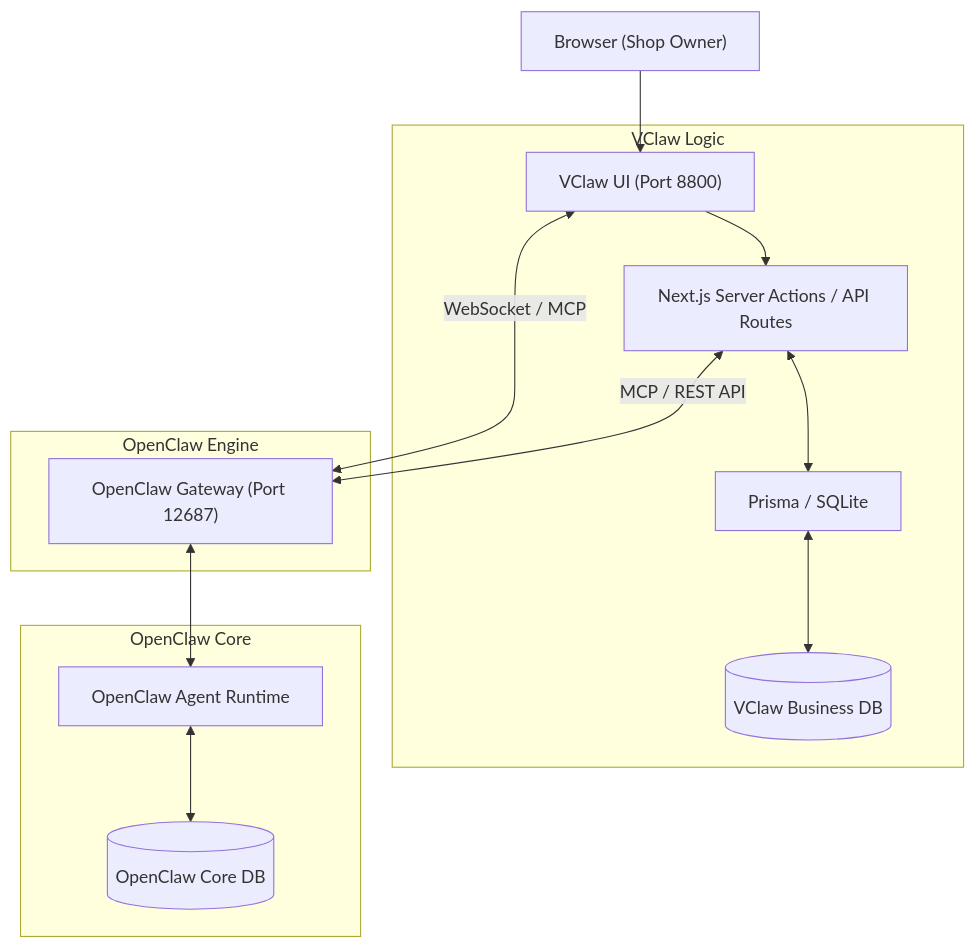
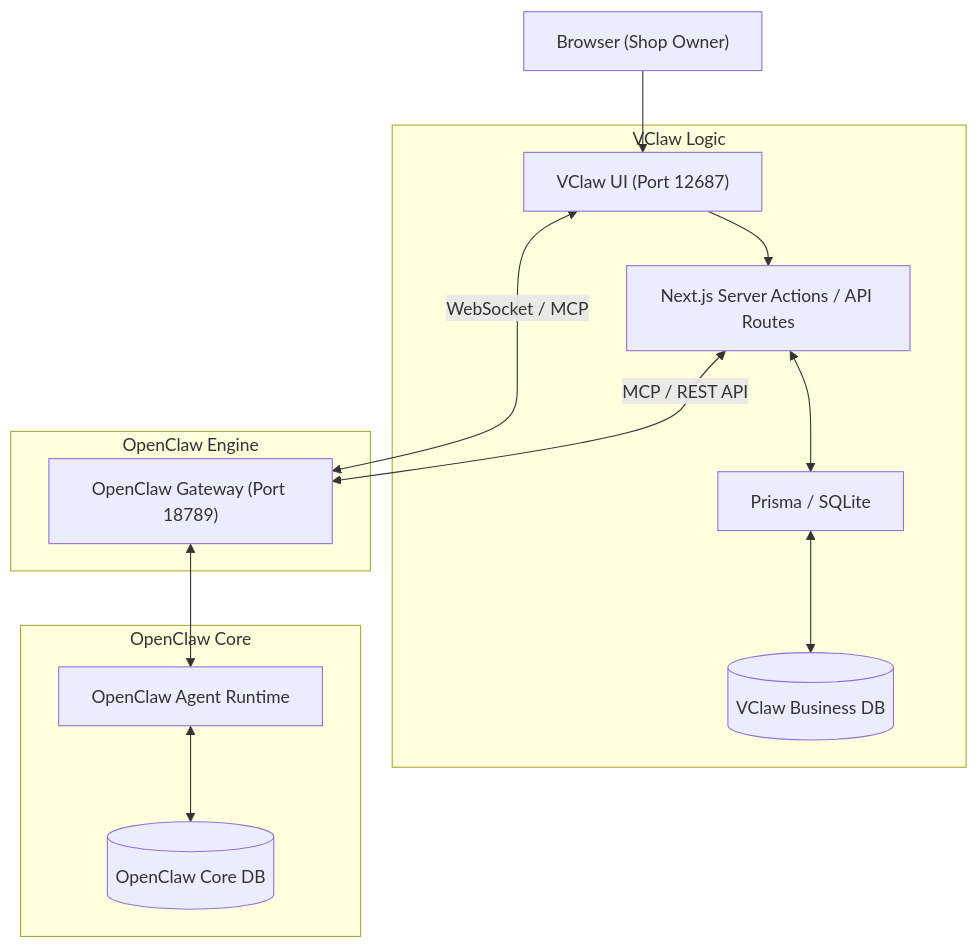
One commit to solana8800/vclaw-ui changed the diagram in vclaw-ui/docs/12-VClaw-OpenClaw-Integration-Strategy.en.md. Above: the diagram before and after it, drawn with Mermaid. The commit also changed other lines of this file and 9 other files, not shown here.

Commit message:
chore: update system architecture ports to 12687/18789 and simplify onboarding documentation

````diff
--- a/vclaw-ui/docs/12-VClaw-OpenClaw-Integration-Strategy.en.md
+++ b/vclaw-ui/docs/12-VClaw-OpenClaw-Integration-Strategy.en.md
@@ -67,20 +67,20 @@
 ```mermaid
 graph TD
-    Client["Browser (Shop Owner)"] --> UI["VClaw UI (Port 8800)"]
+    Client["Browser (Shop Owner)"] --> UI["VClaw UI (Port 12687)"]
     
     subgraph VClaw Logic
         UI --> BizAPI["Next.js Server Actions / API Routes"]
         BizAPI <--> ORM["Prisma / SQLite"]
         ORM <--> BizDB[("VClaw Business DB")]
     end
 
     subgraph OpenClaw Engine
-        UI <-->|"WebSocket / MCP"| Gateway["OpenClaw Gateway (Port 12687)"]
+        UI <-->|"WebSocket / MCP"| Gateway["OpenClaw Gateway (Port 18789)"]
         BizAPI <-->|"MCP / REST API"| Gateway
     end
     
     subgraph OpenClaw Core
         Gateway <--> Agent["OpenClaw Agent Runtime"]
         Agent <--> CoreDB[("OpenClaw Core DB")]
     end
 ```
````
